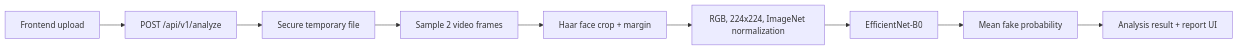
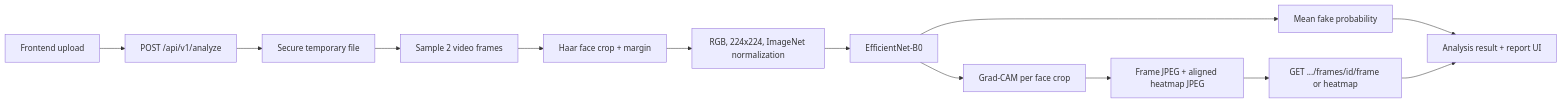
The diagram in README.md (GokulM8/deep-fake-shield), drawn with Mermaid before and after one commit. The commit also changed other lines of this file and 353 other files, not shown here.

````diff
--- a/README.md
+++ b/README.md
@@ -49,11 +50,15 @@
 ```mermaid
 flowchart LR
 		A[Frontend upload] --> B[POST /api/v1/analyze]
 		B --> C[Secure temporary file]
 		C --> D[Sample 2 video frames]
 		D --> E[Haar face crop + margin]
 		E --> F[RGB, 224x224, ImageNet normalization]
 		F --> G[EfficientNet-B0]
 		G --> H[Mean fake probability]
+		G --> J[Grad-CAM per face crop]
+		J --> K[Frame JPEG + aligned heatmap JPEG]
 		H --> I[Analysis result + report UI]
+		K --> L[GET .../frames/id/frame or heatmap]
+		L --> I
 ```
````
